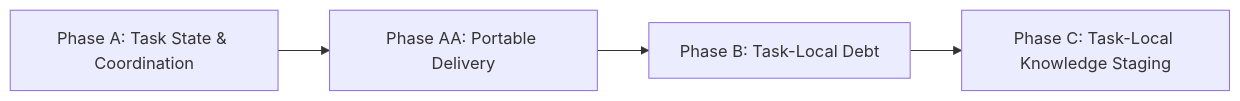
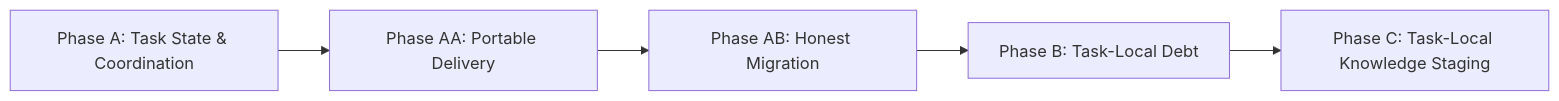
Before and after one commit to saubakirov/trace-first-starter: the diagram in tasks/TFW-60__conflict_resistant_shared_workspace/HL-TFW-60__conflict_resistant_shared_workspace.md, drawn with Mermaid. The commit also changed other lines of this file, not shown here.

First line of the commit message:
[claude-code/TFW-60/freeze/coordinator] add the phase that makes migration honest

````diff
--- a/tasks/TFW-60__conflict_resistant_shared_workspace/HL-TFW-60__conflict_resistant_shared_workspace.md
+++ b/tasks/TFW-60__conflict_resistant_shared_workspace/HL-TFW-60__conflict_resistant_shared_workspace.md
@@ -198,6 +198,7 @@
 ```mermaid
 graph LR
   A["Phase A: Task State & Coordination"] --> AA["Phase AA: Portable Delivery"]
-  AA --> B["Phase B: Task-Local Debt"]
+  AA --> AB["Phase AB: Honest Migration"]
+  AB --> B["Phase B: Task-Local Debt"]
   B --> C["Phase C: Task-Local Knowledge Staging"]
 ```
````
